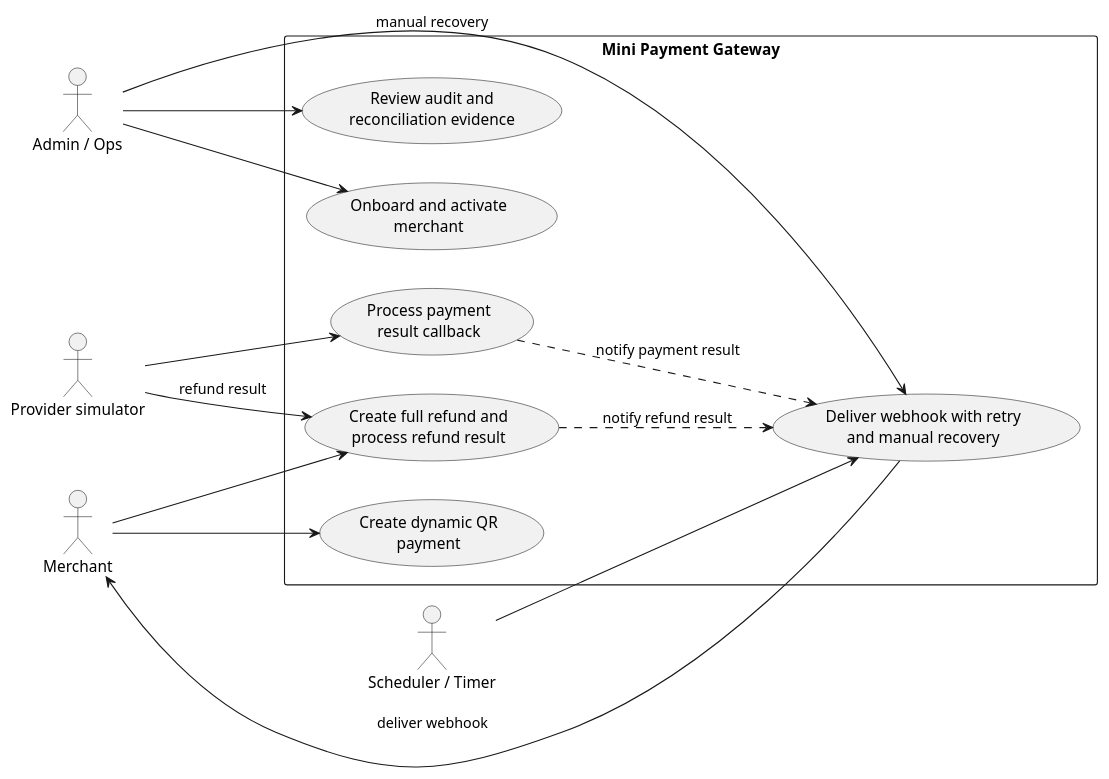
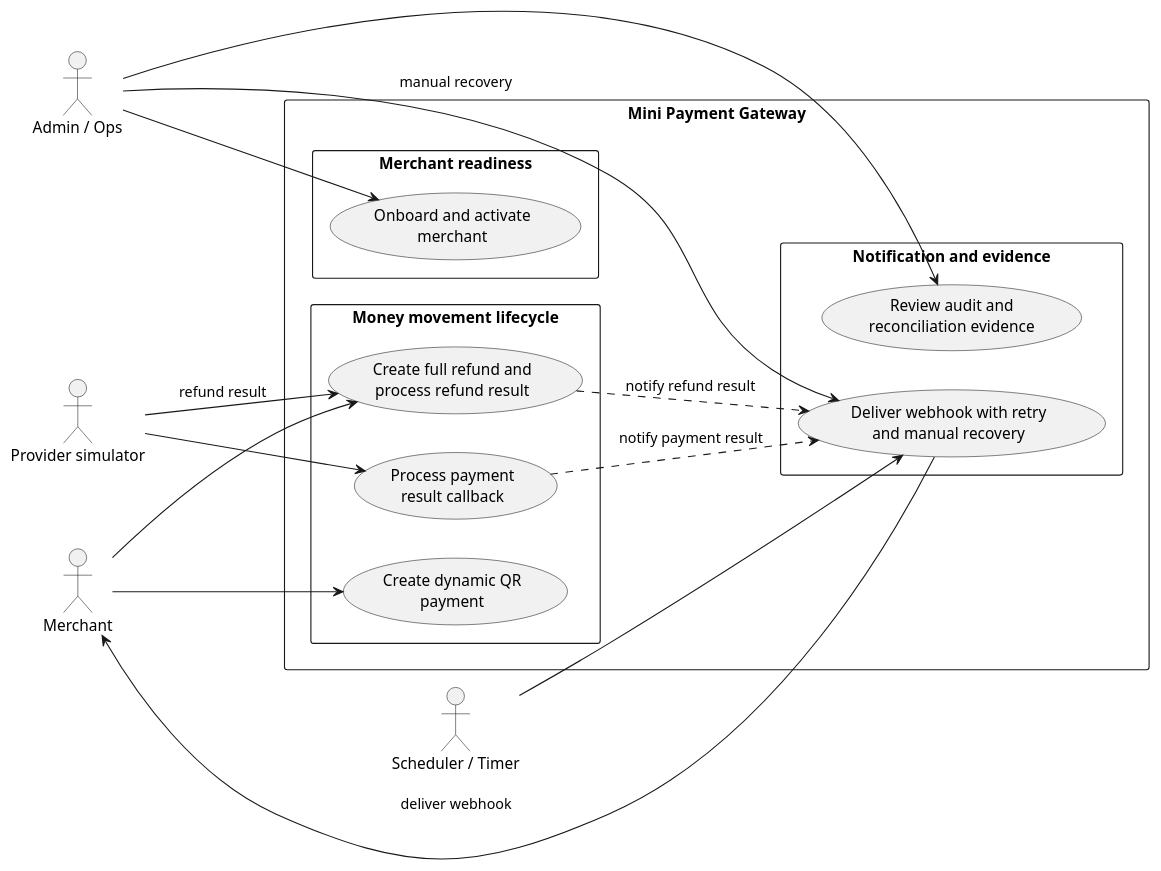
The first of 6 diagrams in docs/product/use-cases.md (biabeogo147/mini-payment-gateway), drawn with PlantUML before and after one commit. The commit also changed other lines of this file, not shown here.

Commit message:
update usecase

````diff
--- a/docs/product/use-cases.md
+++ b/docs/product/use-cases.md
@@ -33,36 +33,44 @@
 ```plantuml
 @startuml general_use_case
 left to right direction
 skinparam packageStyle rectangle
 
 actor "Admin / Ops" as Admin
 actor "Merchant" as Merchant
 actor "Provider simulator" as Provider
 actor "Scheduler / Timer" as Scheduler
 
 rectangle "Mini Payment Gateway" {
-  usecase "Onboard and activate\nmerchant" as UC001
-  usecase "Create dynamic QR\npayment" as UC002
-  usecase "Process payment\nresult callback" as UC003
-  usecase "Create full refund and\nprocess refund result" as UC004
-  usecase "Deliver webhook with retry\nand manual recovery" as UC005
-  usecase "Review audit and\nreconciliation evidence" as UC_Audit
+  package "Merchant readiness" {
+    usecase "Onboard and activate\nmerchant" as UC001
+  }
+
+  package "Money movement lifecycle" {
+    usecase "Create dynamic QR\npayment" as UC002
+    usecase "Process payment\nresult callback" as UC003
+    usecase "Create full refund and\nprocess refund result" as UC004
+  }
+
+  package "Notification and evidence" {
+    usecase "Deliver webhook with retry\nand manual recovery" as UC005
+    usecase "Review audit and\nreconciliation evidence" as UC_Audit
+  }
 }
 
 Admin --> UC001
 Admin --> UC005 : manual recovery
 Admin --> UC_Audit
 
 Merchant --> UC002
 Merchant --> UC004
 UC005 --> Merchant : deliver webhook
 
 Provider --> UC003
 Provider --> UC004 : refund result
 
 Scheduler --> UC005
 
 UC003 ..> UC005 : notify payment result
 UC004 ..> UC005 : notify refund result
 @enduml
 ```
````
